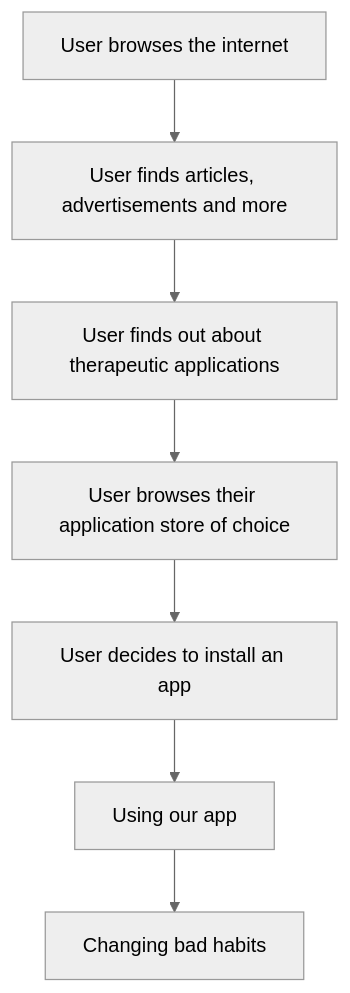
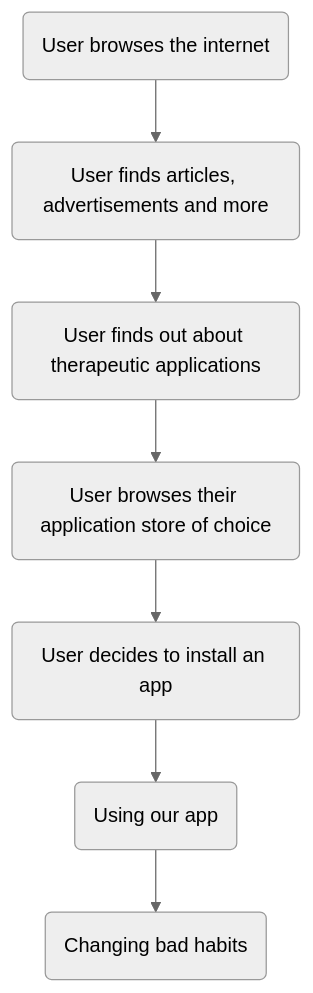
The first of 3 diagrams in github/doc/ucd/understand_context.md (JoshuaMeza/HCI), drawn with Mermaid (neutral theme) before and after one commit. The commit also changed other lines of this file, not shown here.

````diff
--- a/github/doc/ucd/understand_context.md
+++ b/github/doc/ucd/understand_context.md
@@ -242,17 +242,17 @@
 ```mermaid
 flowchart TD
-  act1[User browses the internet]
-  act2[User finds articles, advertisements and more]
-  act3[User finds out about therapeutic applications]
-  act4[User browses their application store of choice]
-  act5[User decides to install an app]
-  act6[Using our app]
-  act7[Changing bad habits]
+  act1(User browses the internet)
+  act2(User finds articles, advertisements and more)
+  act3(User finds out about therapeutic applications)
+  act4(User browses their application store of choice)
+  act5(User decides to install an app)
+  act6(Using our app)
+  act7(Changing bad habits)
 
   act1 --> act2
   act2 --> act3
   act3 --> act4
   act4 --> act5
   act5 --> act6
   act6 --> act7
 ```
````
